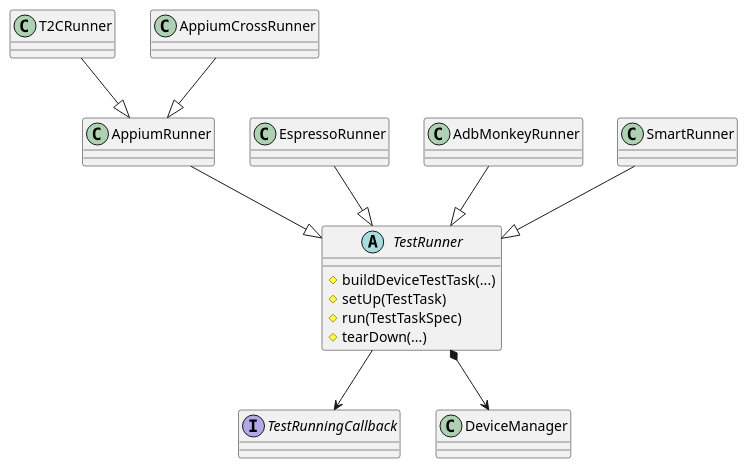
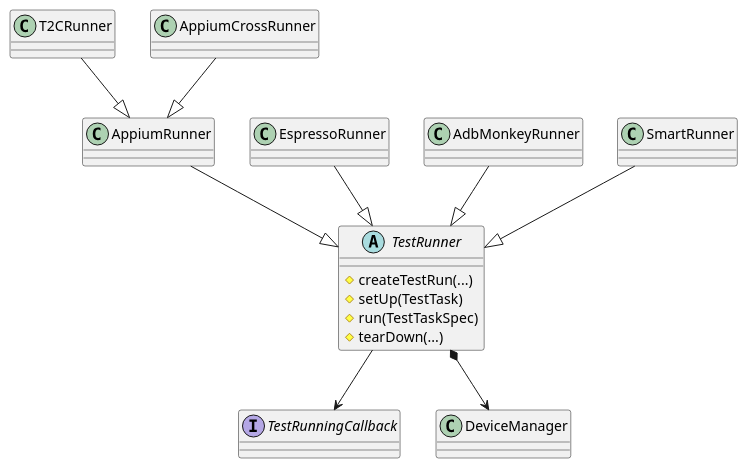
Before and after one commit to microsoft/HydraLab: the first of 6 diagrams in agent/doc/UML/test_runner_design.puml, drawn with PlantUML. The commit also changed other lines of this file and 5 other files, not shown here.

```diff
--- a/agent/doc/UML/test_runner_design.puml
+++ b/agent/doc/UML/test_runner_design.puml
@@ -1,21 +1,21 @@
 @startuml test_runners_classes
 abstract class TestRunner {
-    #buildDeviceTestTask(...)
+    #createTestRun(...)
     #setUp(TestTask)
     #run(TestTaskSpec)
     #tearDown(...)
 }
 interface TestRunningCallback
 
 AppiumRunner --|> TestRunner
 EspressoRunner --|> TestRunner
 AdbMonkeyRunner --|> TestRunner
 T2CRunner --|> AppiumRunner
 SmartRunner --|> TestRunner
 
 TestRunner --> TestRunningCallback
 
 TestRunner *--> DeviceManager
 
 AppiumCrossRunner --|> AppiumRunner
 @enduml
```
